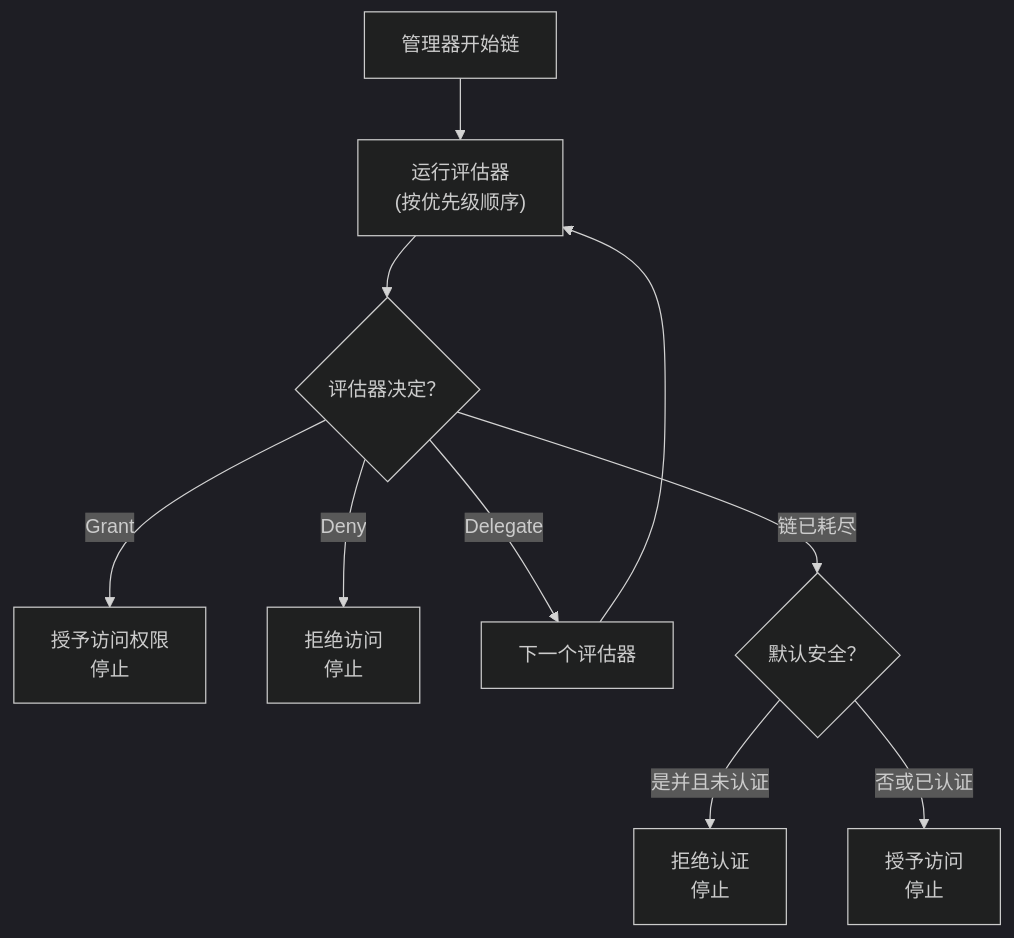
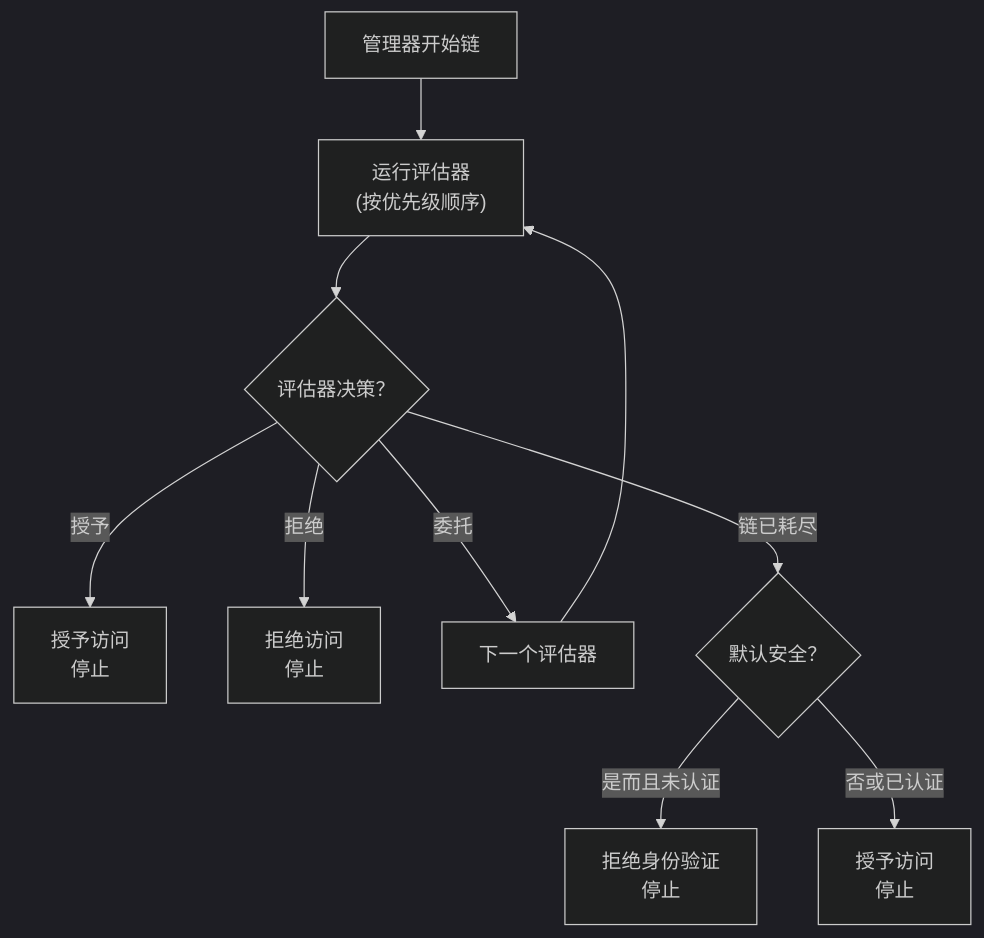
The diagram in docs/i18n/zh/docusaurus-plugin-content-docs/current/security/architecture/evaluator-chain.md (webforj/webforj-documentation), drawn with Mermaid (dark theme) before and after one commit. The commit also changed other lines of this file and 389 other files, not shown here.

````diff
--- a/docs/i18n/zh/docusaurus-plugin-content-docs/current/security/architecture/evaluator-chain.md
+++ b/docs/i18n/zh/docusaurus-plugin-content-docs/current/security/architecture/evaluator-chain.md
@@ -45,15 +45,15 @@
 ```mermaid
 flowchart TD
-    Start["管理器开始链"] --> Eval["运行评估器<br/>(按优先级顺序)"]
+  Start["管理器开始链"] --> Eval["运行评估器<br/>(按优先级顺序)"]
 
-    Eval --> Check{"评估器决定？"}
-    Check -->|Grant| Grant["授予访问权限<br/>停止"]
-    Check -->|Deny| Deny["拒绝访问<br/>停止"]
-    Check -->|Delegate| Next["下一个评估器"]
+  Eval --> Check{"评估器决策？"}
+  Check -->|授予| Grant["授予访问<br/>停止"]
+  Check -->|拒绝| Deny["拒绝访问<br/>停止"]
+  Check -->|委托| Next["下一个评估器"]
 
-    Next --> Eval
+  Next --> Eval
 
-    Check -->|链已耗尽| Default{"默认安全？"}
-    Default -->|是并且未认证| DenyDefault["拒绝认证<br/>停止"]
-    Default -->|否或已认证| GrantDefault["授予访问<br/>停止"]
+  Check -->|链已耗尽| Default{"默认安全？"}
+  Default -->|是而且未认证| DenyDefault["拒绝身份验证<br/>停止"]
+  Default -->|否或已认证| GrantDefault["授予访问<br/>停止"]
 ```
````
